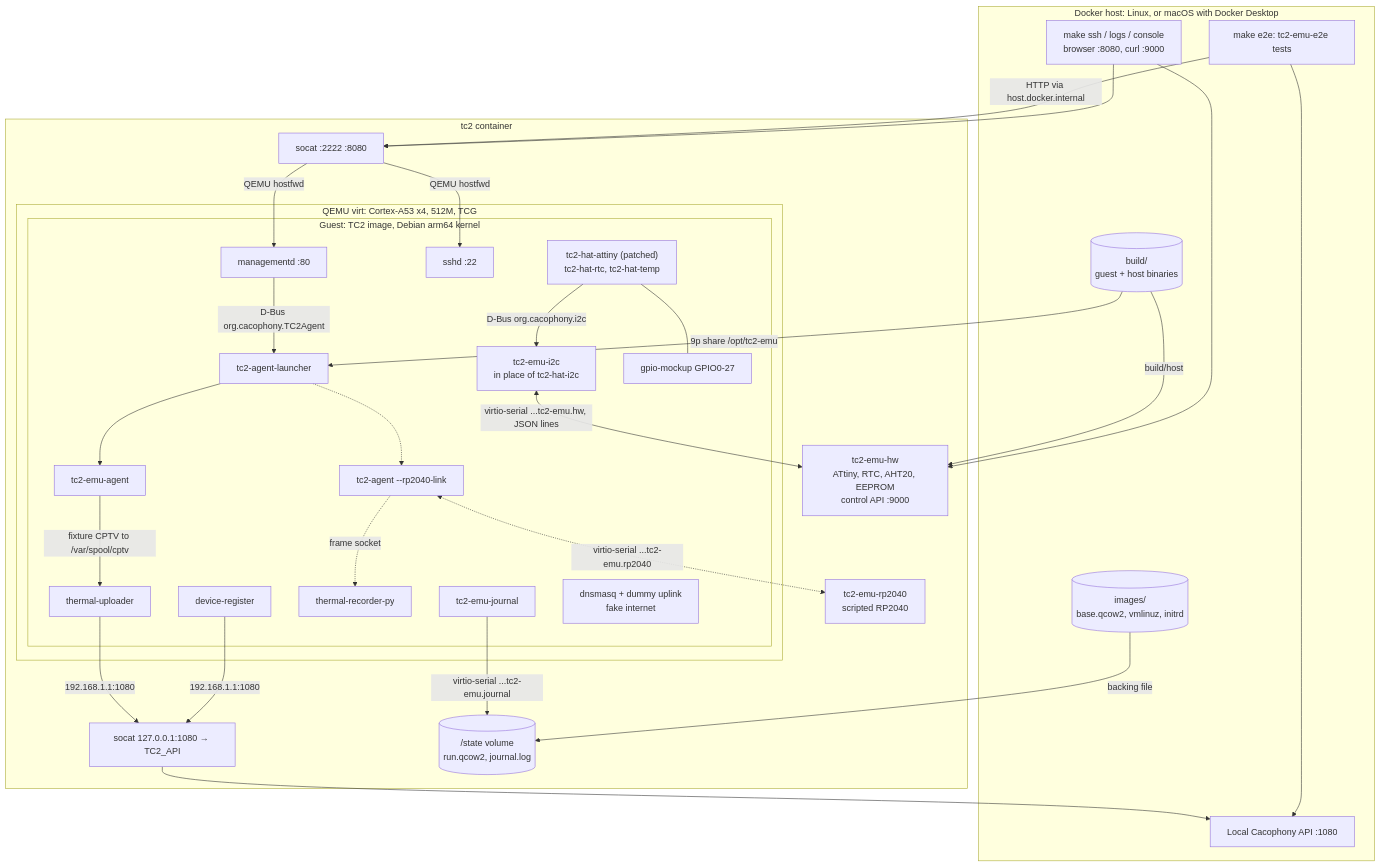
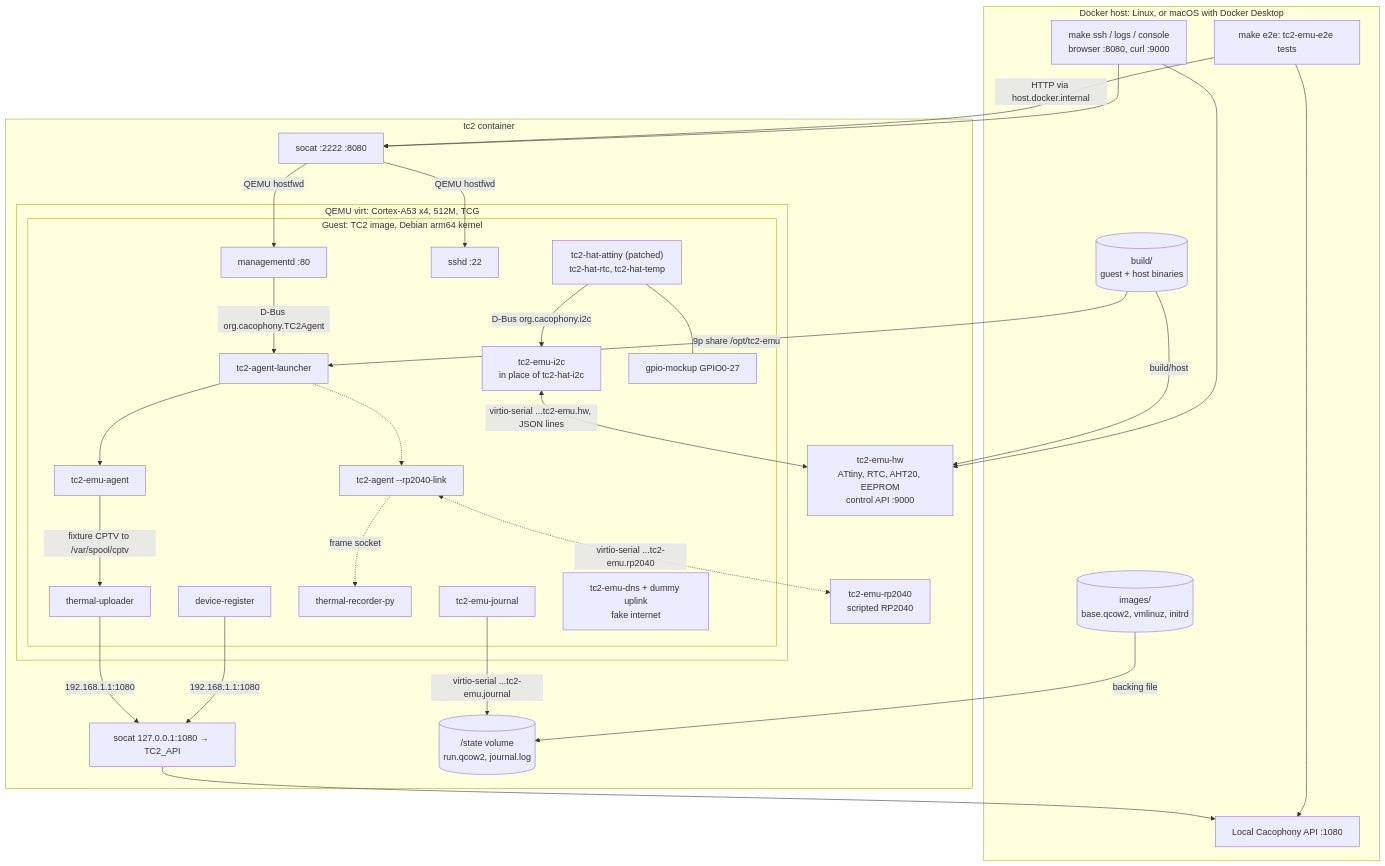
Before and after one commit to TheCacophonyProject/tc2-emulator: the first of 2 diagrams in README.md, drawn with Mermaid. The commit also changed other lines of this file and 6 other files, not shown here.

````diff
--- a/README.md
+++ b/README.md
@@ -15,63 +15,63 @@
 ```mermaid
 flowchart TB
     subgraph host["Docker host: Linux, or macOS with Docker Desktop"]
         api["Local Cacophony API :1080"]
         tests["make e2e: tc2-emu-e2e tests"]
         dev["make ssh / logs / console<br/>browser :8080, curl :9000"]
         images[("images/<br/>base.qcow2, vmlinuz, initrd")]
         build[("build/<br/>guest + host binaries")]
     end
 
     subgraph container["tc2 container"]
         inbound["socat :2222 :8080"]
         apirelay["socat 127.0.0.1:1080 → TC2_API"]
         hw["tc2-emu-hw<br/>ATtiny, RTC, AHT20, EEPROM<br/>control API :9000"]
         rp2040["tc2-emu-rp2040<br/>scripted RP2040"]
         state[("/state volume<br/>run.qcow2, journal.log")]
 
         subgraph qemu["QEMU virt: Cortex-A53 x4, 512M, TCG"]
             subgraph guest["Guest: TC2 image, Debian arm64 kernel"]
                 mgmt["managementd :80"]
                 ssh["sshd :22"]
                 reg["device-register"]
                 uploader["thermal-uploader"]
                 launcher["tc2-agent-launcher"]
                 emuagent["tc2-emu-agent"]
                 agent["tc2-agent --rp2040-link"]
                 recorder["thermal-recorder-py"]
                 hat["tc2-hat-attiny (patched)<br/>tc2-hat-rtc, tc2-hat-temp"]
                 i2c["tc2-emu-i2c<br/>in place of tc2-hat-i2c"]
                 gpio["gpio-mockup GPIO0-27"]
                 journal["tc2-emu-journal"]
-                fakenet["dnsmasq + dummy uplink<br/>fake internet"]
+                fakenet["tc2-emu-dns + dummy uplink<br/>fake internet"]
             end
         end
     end
 
     dev --> inbound
     dev --> hw
     tests -->|"HTTP via host.docker.internal"| inbound
     tests --> api
     inbound -->|"QEMU hostfwd"| mgmt
     inbound -->|"QEMU hostfwd"| ssh
 
     reg -->|"192.168.1.1:1080"| apirelay
     uploader -->|"192.168.1.1:1080"| apirelay
     apirelay --> api
 
     mgmt -->|"D-Bus org.cacophony.TC2Agent"| launcher
     launcher --> emuagent
     launcher -.-> agent
     emuagent -->|"fixture CPTV to /var/spool/cptv"| uploader
     agent -.->|"frame socket"| recorder
     agent <-.->|"virtio-serial ...tc2-emu.rp2040"| rp2040
 
     hat -->|"D-Bus org.cacophony.i2c"| i2c
     i2c <-->|"virtio-serial ...tc2-emu.hw, JSON lines"| hw
     hat --- gpio
 
     journal -->|"virtio-serial ...tc2-emu.journal"| state
     images -->|"backing file"| state
     build -->|"9p share /opt/tc2-emu"| launcher
     build -->|"build/host"| hw
 ```
````
